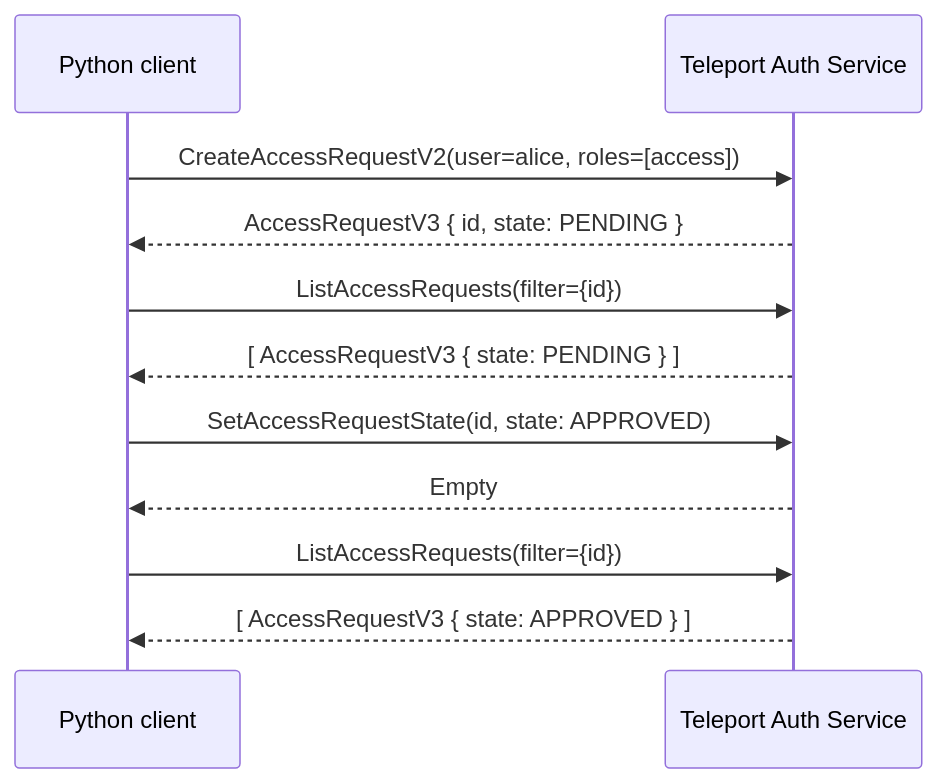
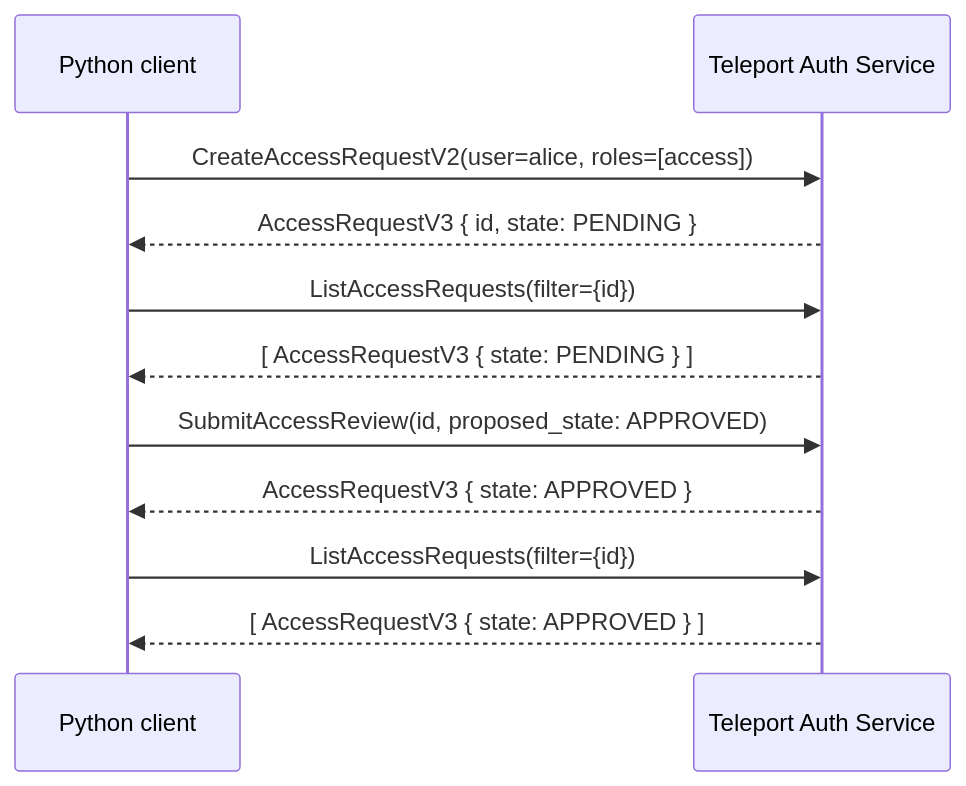
Before and after one commit to gravitational/rev-tech: the third of 3 diagrams in proof-of-concepts/teleport-grpc-python-examples/README.md, drawn with Mermaid. The commit also changed other lines of this file, not shown here.

````diff
--- a/proof-of-concepts/teleport-grpc-python-examples/README.md
+++ b/proof-of-concepts/teleport-grpc-python-examples/README.md
@@ -127,17 +350,17 @@
 ```mermaid
 sequenceDiagram
     participant Py as Python client
     participant Auth as Teleport Auth Service
 
     Py->>Auth: CreateAccessRequestV2(user=alice, roles=[access])
     Auth-->>Py: AccessRequestV3 { id, state: PENDING }
 
     Py->>Auth: ListAccessRequests(filter={id})
     Auth-->>Py: [ AccessRequestV3 { state: PENDING } ]
 
-    Py->>Auth: SetAccessRequestState(id, state: APPROVED)
-    Auth-->>Py: Empty
+    Py->>Auth: SubmitAccessReview(id, proposed_state: APPROVED)
+    Auth-->>Py: AccessRequestV3 { state: APPROVED }
 
     Py->>Auth: ListAccessRequests(filter={id})
     Auth-->>Py: [ AccessRequestV3 { state: APPROVED } ]
 ```
````
